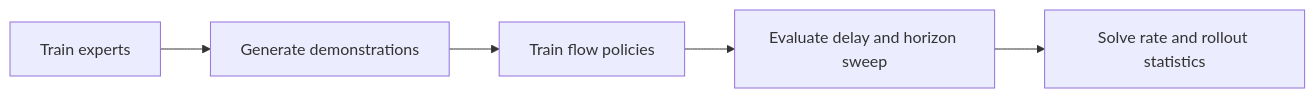
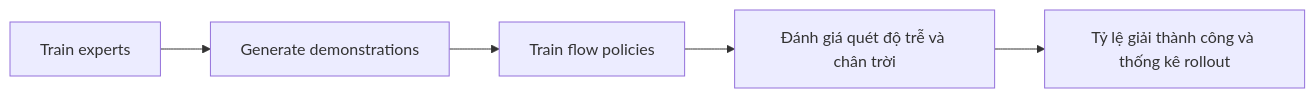
The diagram in docs/research_finding/02-realtime-chunking/module_details/kinetix_evaluation_stack.md (cycler04/VinRobotics-VLA), drawn with Mermaid before and after one commit. The commit also changed other lines of this file and 79 other files, not shown here.

````diff
--- a/docs/research_finding/02-realtime-chunking/module_details/kinetix_evaluation_stack.md
+++ b/docs/research_finding/02-realtime-chunking/module_details/kinetix_evaluation_stack.md
@@ -22,7 +22,7 @@
 ```mermaid
 flowchart LR
     EXP[Train experts] --> DATA[Generate demonstrations]
     DATA --> FLOW[Train flow policies]
-    FLOW --> EVAL[Evaluate delay and horizon sweep]
-    EVAL --> METRIC[Solve rate and rollout statistics]
+    FLOW --> EVAL[Đánh giá quét độ trễ và chân trời]
+    EVAL --> METRIC[Tỷ lệ giải thành công và thống kê rollout]
 ```
````
